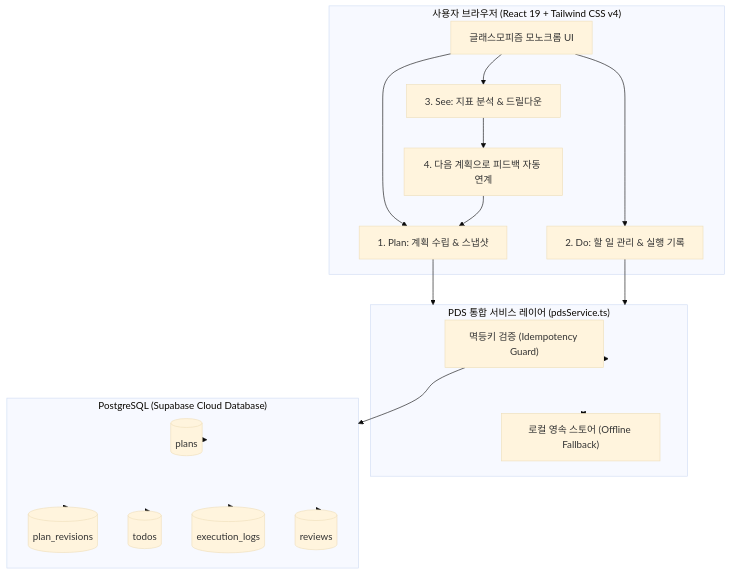
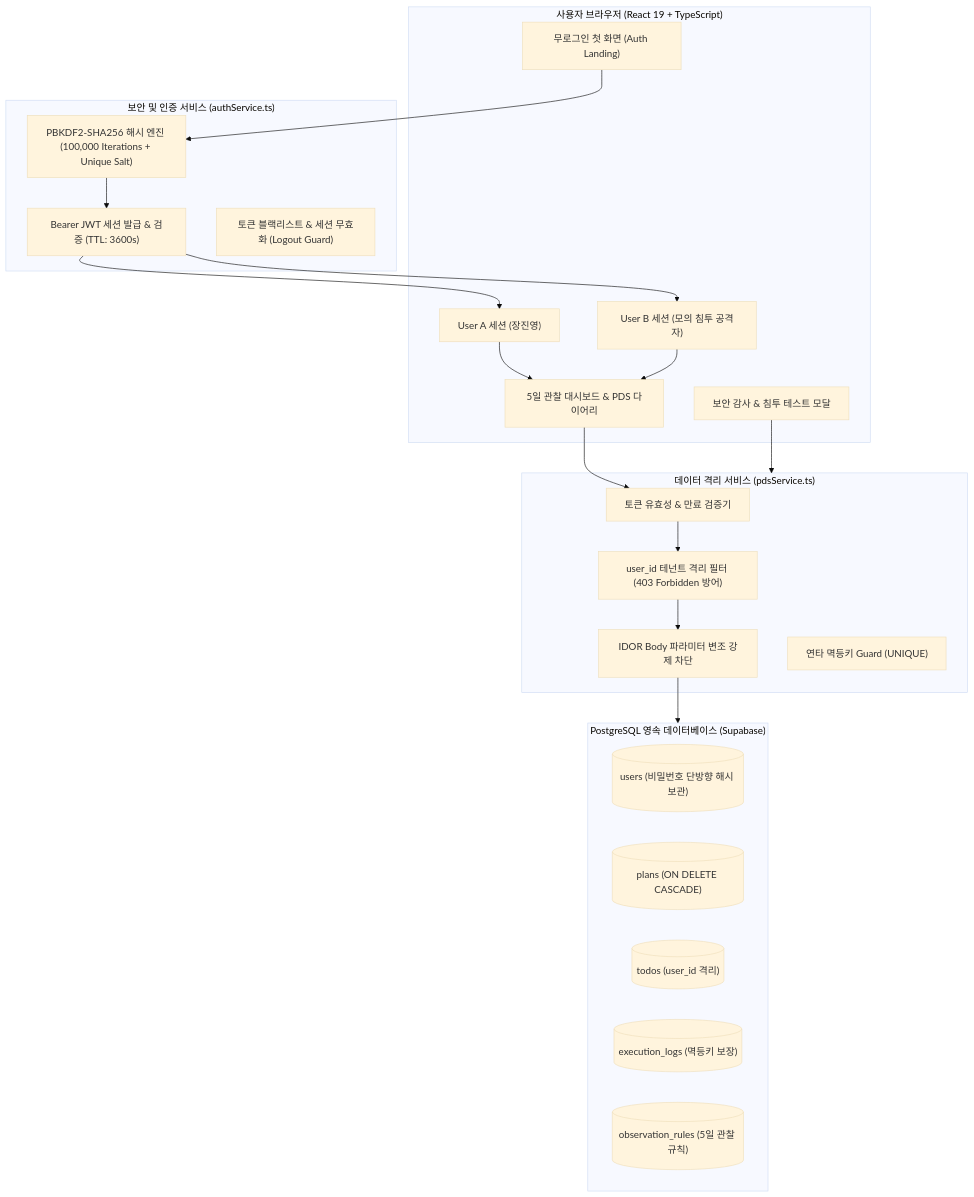
Before and after one commit to jinyeongjang/skt-aleph-jinyeong-plans-diary: the first of 2 diagrams in README.md, drawn with Mermaid (base theme). The commit also changed other lines of this file and 31 other files, not shown here.

````diff
--- a/README.md
+++ b/README.md
@@ -81,30 +192,36 @@
 ```mermaid
 flowchart TD
-    subgraph Client["사용자 브라우저 (React 19 + Tailwind CSS v4)"]
-        UI["글래스모피즘 모노크롬 UI"]
-        Plan["1. Plan: 계획 수립 & 스냅샷"]
-        Do["2. Do: 할 일 관리 & 실행 기록"]
-        See["3. See: 지표 분석 & 드릴다운"]
-        Feedback["4. 다음 계획으로 피드백 자동 연계"]
+    subgraph Client["사용자 브라우저 (React 19 + TypeScript)"]
+        Landing["무로그인 첫 화면 (Auth Landing)"]
+        UserA["User A 세션 (장진영)"]
+        UserB["User B 세션 (모의 침투 공격자)"]
+        Dashboard["5일 관찰 대시보드 & PDS 다이어리"]
+        AuditUI["보안 감사 & 침투 테스트 모달"]
     end
 
-    subgraph Service["PDS 통합 서비스 레이어 (pdsService.ts)"]
-        Idempotency["멱등키 검증 (Idempotency Guard)"]
-        Cache["로컬 영속 스토어 (Offline Fallback)"]
+    subgraph AuthLayer["보안 및 인증 서비스 (authService.ts)"]
+        PBKDF2["PBKDF2-SHA256 해시 엔진 (100,000 Iterations + Unique Salt)"]
+        JWTManager["Bearer JWT 세션 발급 & 검증 (TTL: 3600s)"]
+        Blacklist["토큰 블랙리스트 & 세션 무효화 (Logout Guard)"]
     end
 
-    subgraph Backend["PostgreSQL (Supabase Cloud Database)"]
-        T1[("plans")]
-        T2[("plan_revisions")]
-        T3[("todos")]
-        T4[("execution_logs")]
-        T5[("reviews")]
+    subgraph ServiceLayer["데이터 격리 서비스 (pdsService.ts)"]
+        AuthGuard["토큰 유효성 & 만료 검증기"]
+        TenantFilter["user_id 테넌트 격리 필터 (403 Forbidden 방어)"]
+        IDORGuard["IDOR Body 파라미터 변조 강제 차단"]
+        Idempotency["연타 멱등키 Guard (UNIQUE)"]
     end
 
-    UI --> Plan --> Service
-    UI --> Do --> Service
-    UI --> See --> Feedback --> Plan
-    Service --> Idempotency --> Backend
-    Service <--> Cache
-    Backend --> T1 & T2 & T3 & T4 & T5
+    subgraph Storage["PostgreSQL 영속 데이터베이스 (Supabase)"]
+        Users[("users (비밀번호 단방향 해시 보관)")]
+        Plans[("plans (ON DELETE CASCADE)")]
+        Todos[("todos (user_id 격리)")]
+        ExecLogs[("execution_logs (멱등키 보장)")]
+        ObsRules[("observation_rules (5일 관찰 규칙)")]
+    end
+
+    Landing --> PBKDF2 --> JWTManager --> UserA & UserB
+    UserA & UserB --> Dashboard
+    Dashboard --> AuthGuard --> TenantFilter --> IDORGuard --> Storage
+    AuditUI --> ServiceLayer
 ```
````
